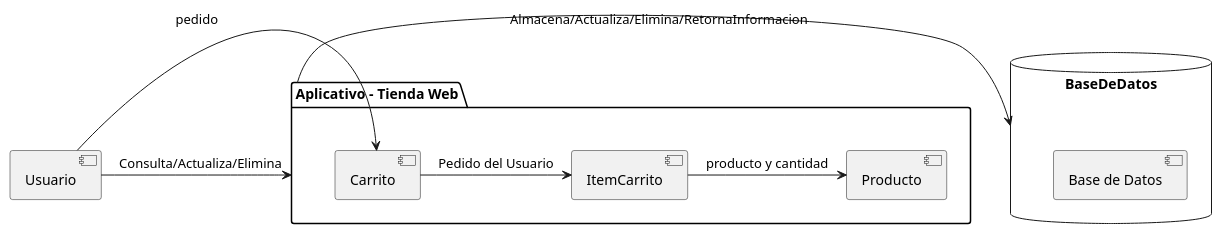
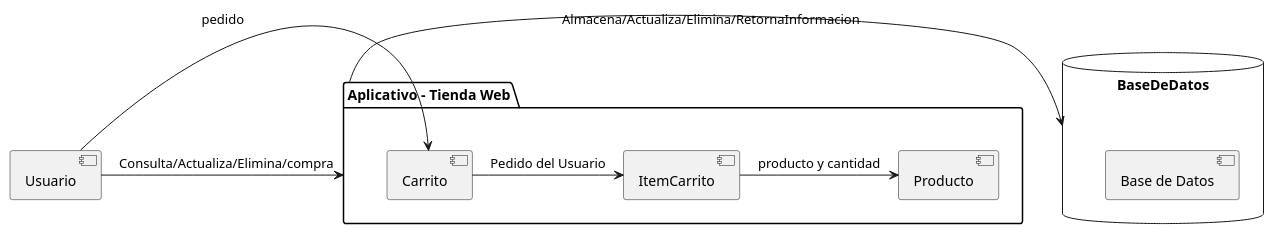
One commit to jonnycanabal/tienda-web-backend changed the diagram in diagramas-tienda-web/diagrama_de_componentes.puml. Above: the diagram before and after it, drawn with PlantUML. The commit also changed 8 other files, not shown here.

Commit message:
Actualizacino diagramas UML

```diff
--- a/diagramas-tienda-web/diagrama_de_componentes.puml
+++ b/diagramas-tienda-web/diagrama_de_componentes.puml
@@ -1,28 +1,28 @@
 @startuml tienda-web
 
 [Usuario] as usuario
 
 package "Aplicativo - Tienda Web" as tienda_web {
 
     [Producto] as producto
     [Carrito] as carrito 
     [ItemCarrito] as itemCarrito 
 
 }
 
 database BaseDeDatos as db {
     [Base de Datos]
 }
 
-usuario -> tienda_web : Consulta/Actualiza/Elimina
+usuario -> tienda_web : Consulta/Actualiza/Elimina/compra
 
 usuario -> carrito : pedido
 
 carrito -> itemCarrito : Pedido del Usuario
 itemCarrito -> producto : producto y cantidad
 
 
 tienda_web -> db : Almacena/Actualiza/Elimina/RetornaInformacion
 
 
 @enduml
```
